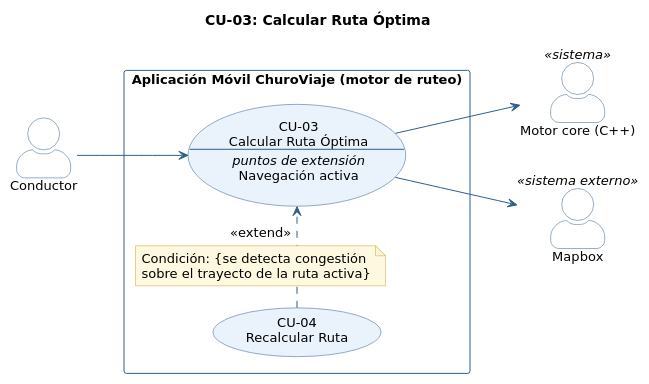
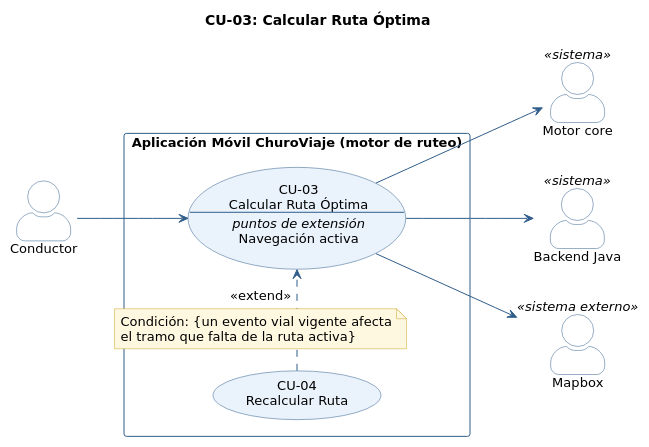
One commit to uniWASD/ChuroViajeInterno changed the diagram in 03_des/DiagCU/CU-03_CalcularRutaOptima.puml. Above: the diagram before and after it, drawn with PlantUML. The commit also changed 59 other files, not shown here.

Commit message:
docs(req): alinear Visión, CU, HU y diagramas con la arquitectura (T-086, #38)

```diff
--- a/03_des/DiagCU/CU-03_CalcularRutaOptima.puml
+++ b/03_des/DiagCU/CU-03_CalcularRutaOptima.puml
@@ -1,60 +1,62 @@
 @startuml CU-03_CalcularRutaOptima
 ' CU-03: Calcular Ruta Óptima
 ' Fuente: 02_req - Especificación de Casos de Uso (CU-01 a CU-08)
 ' Issue: T-029 (#8)
 
 left to right direction
 skinparam shadowing false
 skinparam defaultFontName "DejaVu Sans"
 skinparam defaultFontSize 13
 skinparam packageStyle rectangle
 skinparam actorStyle awesome
 skinparam usecase {
   BackgroundColor #EAF2FB
   BorderColor #2F5D8A
   ArrowColor #2F5D8A
 }
 skinparam rectangle {
   BorderColor #2F5D8A
   FontStyle bold
 }
 skinparam actor {
   BorderColor #2F5D8A
   BackgroundColor #FFFFFF
 }
 skinparam note {
   BackgroundColor #FFF8E1
   BorderColor #C9A227
 }
 skinparam ArrowColor #2F5D8A
 skinparam legend {
   BackgroundColor #FFF8E1
   BorderColor #C9A227
   FontSize 12
 }
 
 title CU-03: Calcular Ruta Óptima
 
 actor "Conductor" as Conductor
-actor "Motor core (C++)" as Motor <<sistema>>
+actor "Motor core" as Motor <<sistema>>
+actor "Backend Java" as Backend <<sistema>>
 actor "Mapbox" as Mapbox <<sistema externo>>
 
 rectangle "Aplicación Móvil ChuroViaje (motor de ruteo)" {
   usecase CU03 as "CU-03
 Calcular Ruta Óptima
 --
 <i>puntos de extensión</i>
 Navegación activa"
   usecase "CU-04\nRecalcular Ruta" as CU04
 }
 
 Conductor --> CU03
+CU03 --> Backend
 CU03 --> Motor
 CU03 --> Mapbox
 CU04 .> CU03 : <<extend>>
 note on link
-  Condición: {se detecta congestión
-  sobre el trayecto de la ruta activa}
+  Condición: {un evento vial vigente afecta
+  el tramo que falta de la ruta activa}
 end note
 
 @enduml
```
